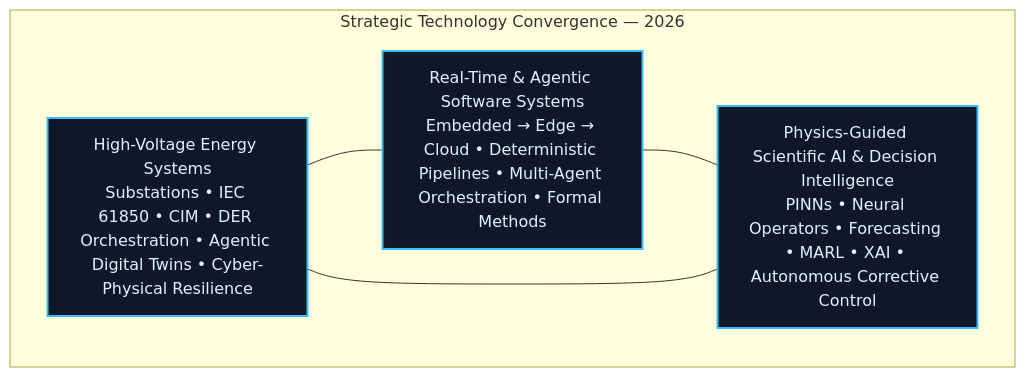
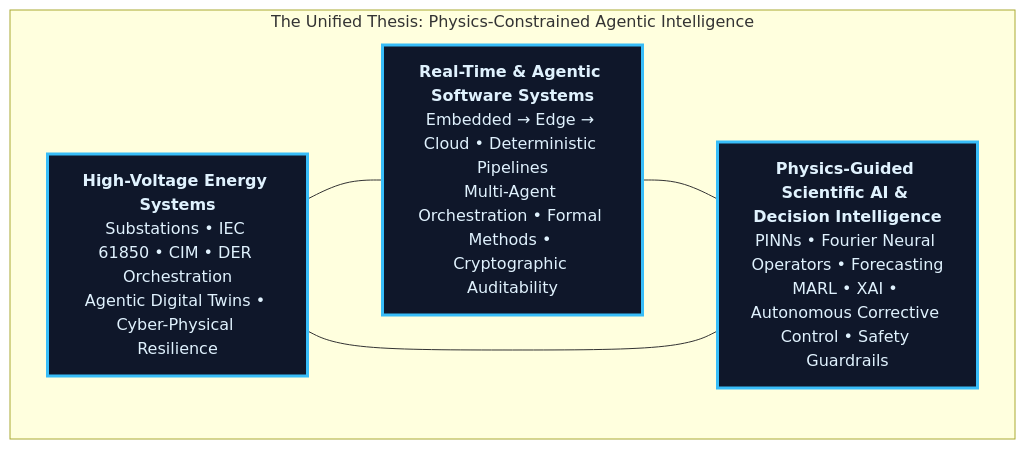
One commit to iceccarelli/iceccarelli changed the diagram in README.md. Above: the diagram before and after it, drawn with Mermaid. The commit also changed other lines of this file, not shown here.

First line of the commit message:
Revise README for strategic clarity and platform focus

````diff
--- a/README.md
+++ b/README.md
@@ -78,14 +95,16 @@
 ```mermaid
 graph TD
-    subgraph "Strategic Technology Convergence — 2026"
-        A[High-Voltage Energy Systems<br/>Substations • IEC 61850 • CIM • DER Orchestration • Agentic Digital Twins • Cyber-Physical Resilience]
-        B[Real-Time & Agentic Software Systems<br/>Embedded → Edge → Cloud • Deterministic Pipelines • Multi-Agent Orchestration • Formal Methods]
-        C[Physics-Guided Scientific AI & Decision Intelligence<br/>PINNs • Neural Operators • Forecasting • MARL • XAI • Autonomous Corrective Control]
+    subgraph "The Unified Thesis: Physics-Constrained Agentic Intelligence"
+        A["<b>High-Voltage Energy Systems</b><br/>Substations • IEC 61850 • CIM • DER Orchestration<br/>Agentic Digital Twins • Cyber-Physical Resilience"]
+        B["<b>Real-Time & Agentic Software Systems</b><br/>Embedded → Edge → Cloud • Deterministic Pipelines<br/>Multi-Agent Orchestration • Formal Methods • Cryptographic Auditability"]
+        C["<b>Physics-Guided Scientific AI & Decision Intelligence</b><br/>PINNs • Fourier Neural Operators • Forecasting<br/>MARL • XAI • Autonomous Corrective Control • Safety Guardrails"]
     end
+
     A --- B
     B --- C
     A --- C
-    style A fill:#0f172a,stroke:#38bdf8,stroke-width:2px,color:#e0f2fe
-    style B fill:#0f172a,stroke:#38bdf8,stroke-width:2px,color:#e0f2fe
-    style C fill:#0f172a,stroke:#38bdf8,stroke-width:2px,color:#e0f2fe
+
+    style A fill:#0f172a,stroke:#38bdf8,stroke-width:3px,color:#e0f2fe
+    style B fill:#0f172a,stroke:#38bdf8,stroke-width:3px,color:#e0f2fe
+    style C fill:#0f172a,stroke:#38bdf8,stroke-width:3px,color:#e0f2fe
 ```
````
